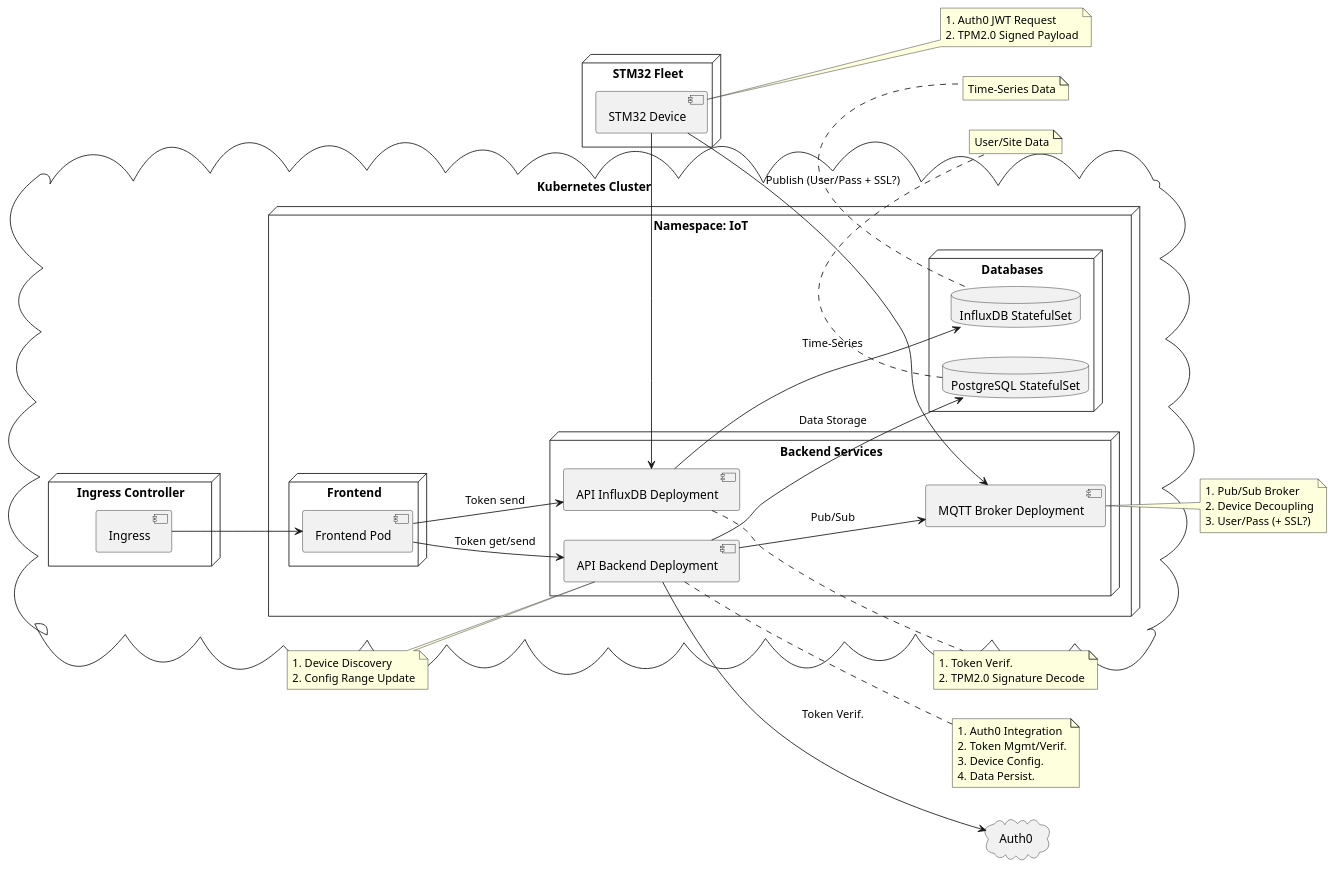
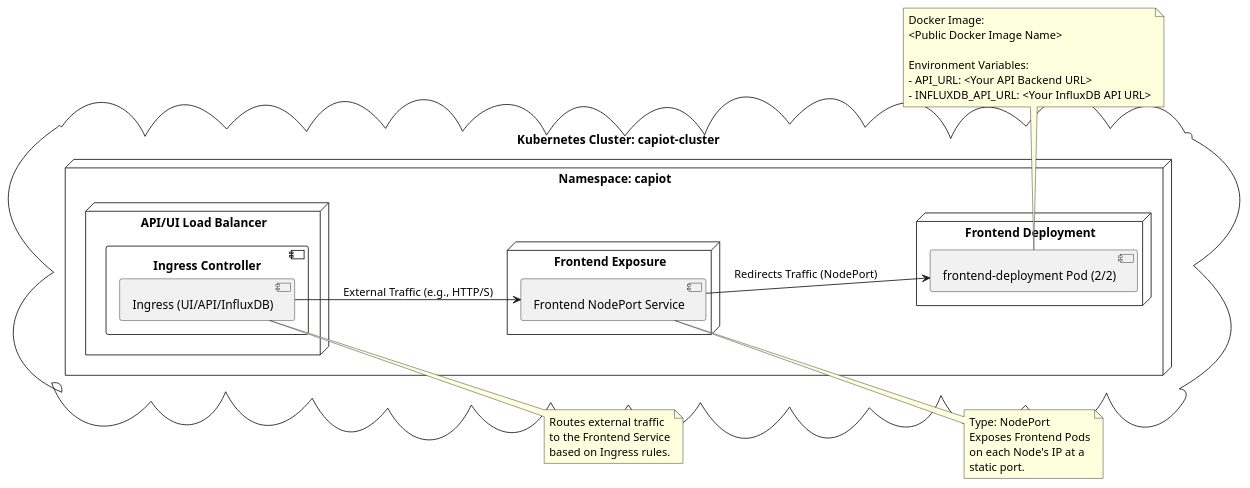
Before and after one commit to Flamware/CapIot.api: the diagram in scalable.puml, drawn with PlantUML. The commit also changed 32 other files, not shown here.

First line of the commit message:
feat: Refactor et mise à jour de l'architecture et des déploiements

```diff
--- a/scalable.puml
+++ b/scalable.puml
@@ -1,85 +1,55 @@
 @startuml
-' Kubernetes Scalable Architecture
+' Frontend Deployment with NodePort Service and LoadBalancer Ingress
 left to right direction
 
 skinparam componentStyle uml2
 skinparam backgroundColor #EEEBD
 
-cloud "Kubernetes Cluster" {
-    node "Ingress Controller" {
-        component "Ingress" as Ingress
-    }
+cloud "Kubernetes Cluster: capiot-cluster" {
 
-    node "Namespace: IoT" {
-        node "Frontend" {
-            component "Frontend Pod" as FE
+    node "Namespace: capiot" {
+
+        node "API/UI Load Balancer" {
+            component "Ingress Controller" {
+                component "Ingress (UI/API/InfluxDB)" as Ingress_API_UI
+            }
         }
 
-        node "Backend Services" {
-            component "API Backend Deployment" as API_Backend
-            component "API InfluxDB Deployment" as API_InfluxDB
-            component "MQTT Broker Deployment" as MQTT_Broker
+        node "Frontend Exposure" {
+            component "Frontend NodePort Service" as FE_Service
         }
 
-        node "Databases" {
-            database "PostgreSQL StatefulSet" as PostgreSQL
-            database "InfluxDB StatefulSet" as InfluxDB
+        node "Frontend Deployment" {
+            component "frontend-deployment Pod (2/2)" as FE_Pod
         }
     }
 }
 
-cloud "Auth0" as Auth0
-node "STM32 Fleet" {
-    component "STM32 Device" as STM32
-}
-
 ' Relationships
-Ingress --> FE
-FE --> API_Backend : "Token get/send"
-FE --> API_InfluxDB : "Token send"
-
-STM32 -> MQTT_Broker : "Publish (User/Pass + SSL?)"
-STM32 -> API_InfluxDB
-
-API_Backend --> Auth0 : "Token Verif."
-API_Backend --> PostgreSQL : "Data Storage"
-API_InfluxDB --> InfluxDB : "Time-Series"
-API_Backend --> MQTT_Broker : "Pub/Sub"
+Ingress_API_UI --> FE_Service : "External Traffic (e.g., HTTP/S)"
+FE_Service --> FE_Pod : "Redirects Traffic (NodePort)"
 
 ' Notes
-note right of API_Backend
-  1. Auth0 Integration
-  2. Token Mgmt/Verif.
-  3. Device Config.
-  4. Data Persist.
+note right of FE_Service
+  Type: NodePort
+  Exposes Frontend Pods
+  on each Node's IP at a
+  static port.
 end note
 
-note right of API_InfluxDB
-  1. Token Verif.
-  2. TPM2.0 Signature Decode
+note right of Ingress_API_UI
+  Routes external traffic
+  to the Frontend Service
+  based on Ingress rules.
 end note
 
-note right of STM32
-  1. Auth0 JWT Request
-  2. TPM2.0 Signed Payload
+note bottom of FE_Pod
+  Docker Image:
+  <Public Docker Image Name>
+
+  Environment Variables:
+  - API_URL: <Your API Backend URL>
+  - INFLUXDB_API_URL: <Your InfluxDB API URL>
 end note
 
-note left of API_Backend
-  1. Device Discovery
-  2. Config Range Update
-end note
-
-note right of MQTT_Broker
-  1. Pub/Sub Broker
-  2. Device Decoupling
-  3. User/Pass (+ SSL?)
-end note
-
-note bottom of PostgreSQL
-  User/Site Data
-end note
-
-note bottom of InfluxDB
-  Time-Series Data
-end note
 @enduml
```
